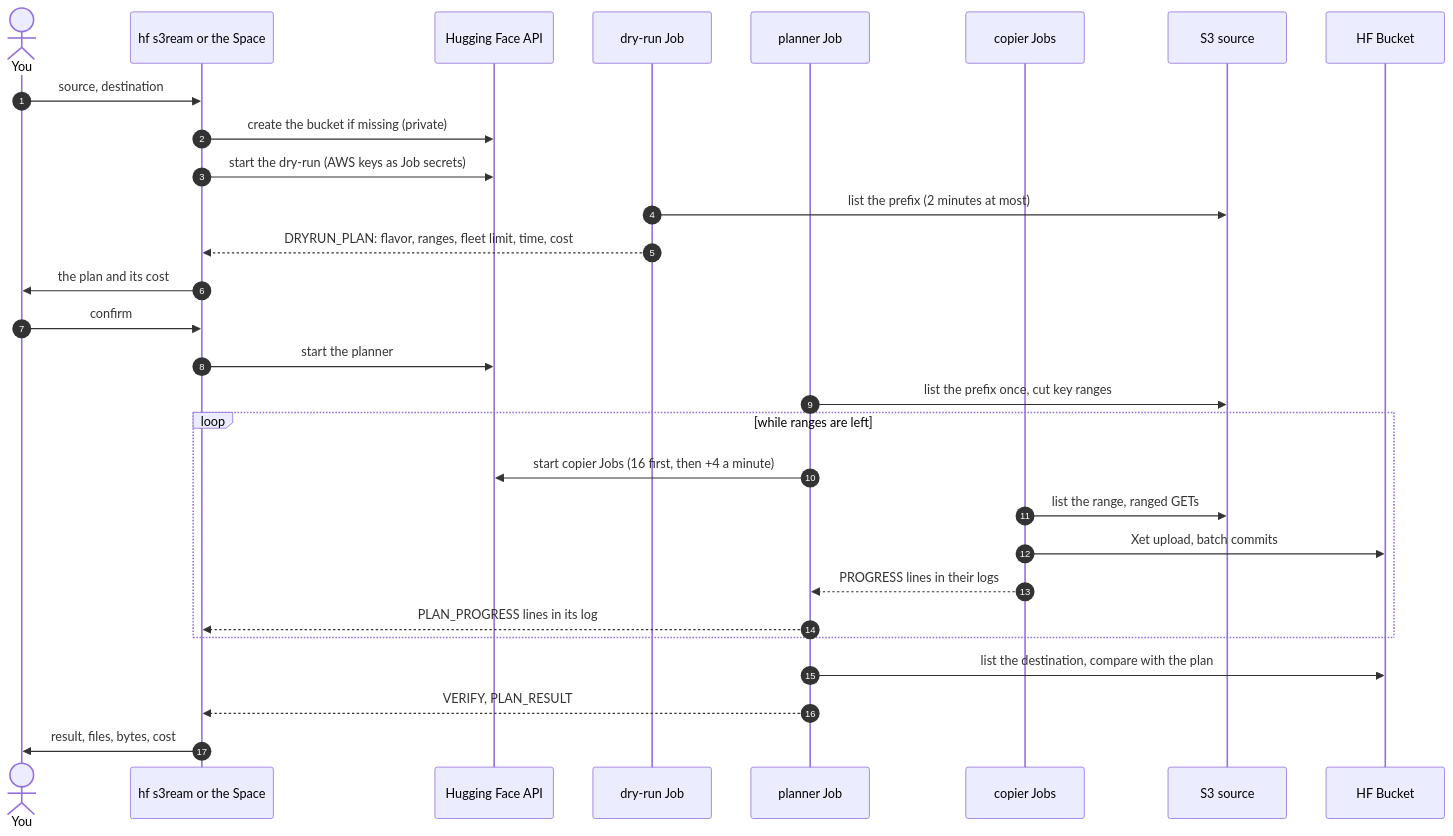
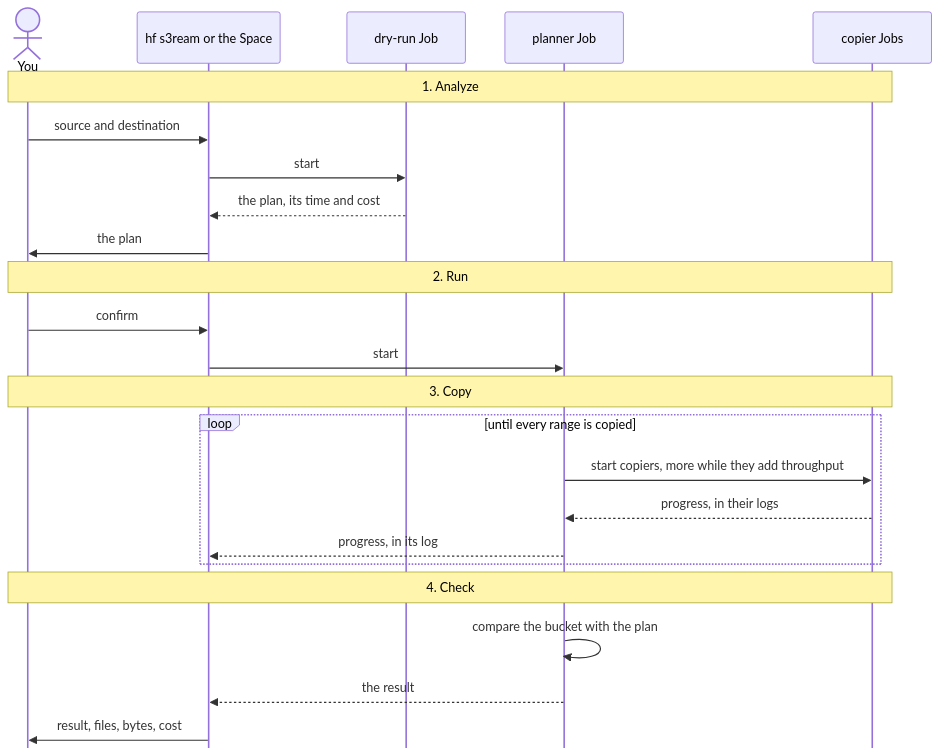
One commit to glutamatt/hf-s3ream changed the second of 3 diagrams in docs/ARCHITECTURE.md. Above: the diagram before and after it, drawn with Mermaid. The commit also changed other lines of this file, not shown here.

Commit message:
docs(architecture): the life of a copy in 4 marked steps, 5 participants
The sequence diagram drops S3, the bucket and the Hub API (the bird's
eye view shows them) and the low-level messages. Four notes mark the
steps of the text under it: analyze, run, copy, check.

````diff
--- a/docs/ARCHITECTURE.md
+++ b/docs/ARCHITECTURE.md
@@ -44,32 +46,28 @@
 ```mermaid
+%%{init: {"sequence": {"mirrorActors": false}}}%%
 sequenceDiagram
-    autonumber
     actor You
     participant C as hf s3ream or the Space
-    participant Hub as Hugging Face API
     participant D as dry-run Job
     participant P as planner Job
     participant W as copier Jobs
-    participant S3 as S3 source
-    participant B as HF Bucket
 
-    You->>C: source, destination
-    C->>Hub: create the bucket if missing (private)
-    C->>Hub: start the dry-run (AWS keys as Job secrets)
-    D->>S3: list the prefix (2 minutes at most)
-    D-->>C: DRYRUN_PLAN: flavor, ranges, fleet limit, time, cost
-    C->>You: the plan and its cost
+    Note over You,W: 1. Analyze
+    You->>C: source and destination
+    C->>D: start
+    D-->>C: the plan, its time and cost
+    C->>You: the plan
+    Note over You,W: 2. Run
     You->>C: confirm
-    C->>Hub: start the planner
-    P->>S3: list the prefix once, cut key ranges
-    loop while ranges are left
-        P->>Hub: start copier Jobs (16 first, then +4 a minute)
-        W->>S3: list the range, ranged GETs
-        W->>B: Xet upload, batch commits
-        W-->>P: PROGRESS lines in their logs
-        P-->>C: PLAN_PROGRESS lines in its log
+    C->>P: start
+    Note over You,W: 3. Copy
+    loop until every range is copied
+        P->>W: start copiers, more while they add throughput
+        W-->>P: progress, in their logs
+        P-->>C: progress, in its log
     end
-    P->>B: list the destination, compare with the plan
-    P-->>C: VERIFY, PLAN_RESULT
+    Note over You,W: 4. Check
+    P->>P: compare the bucket with the plan
+    P-->>C: the result
     C->>You: result, files, bytes, cost
 ```
````
